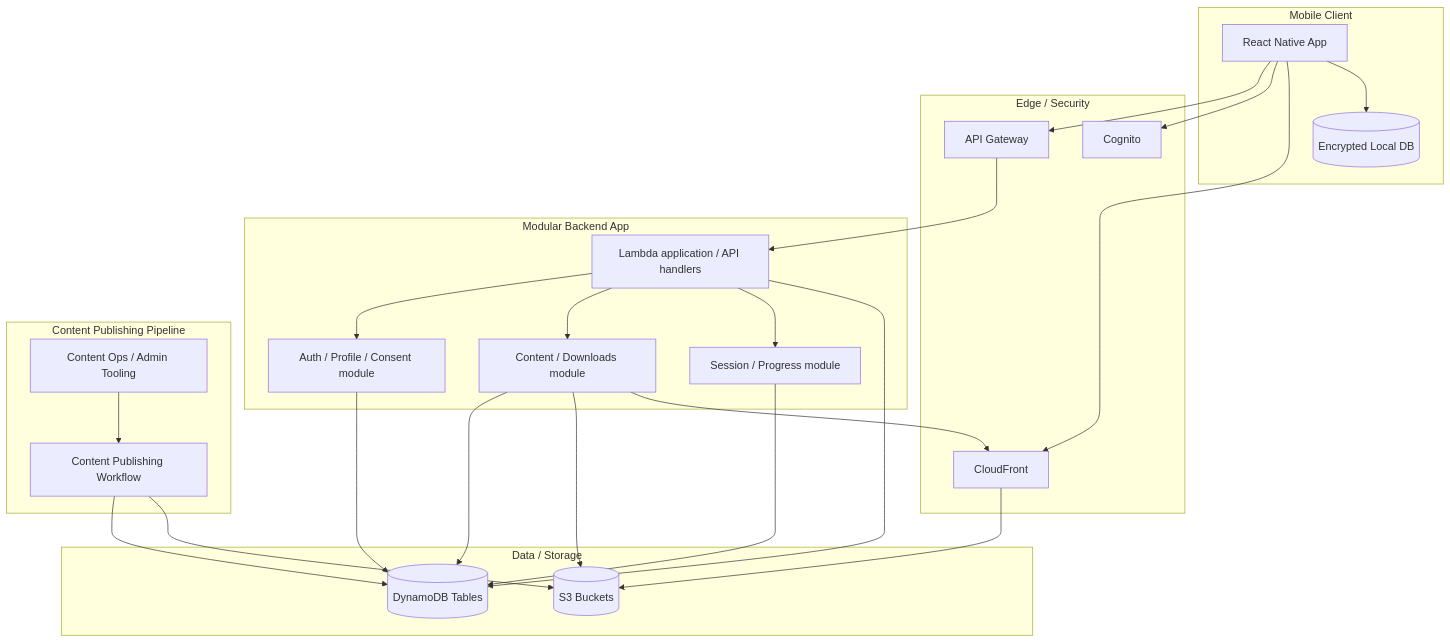
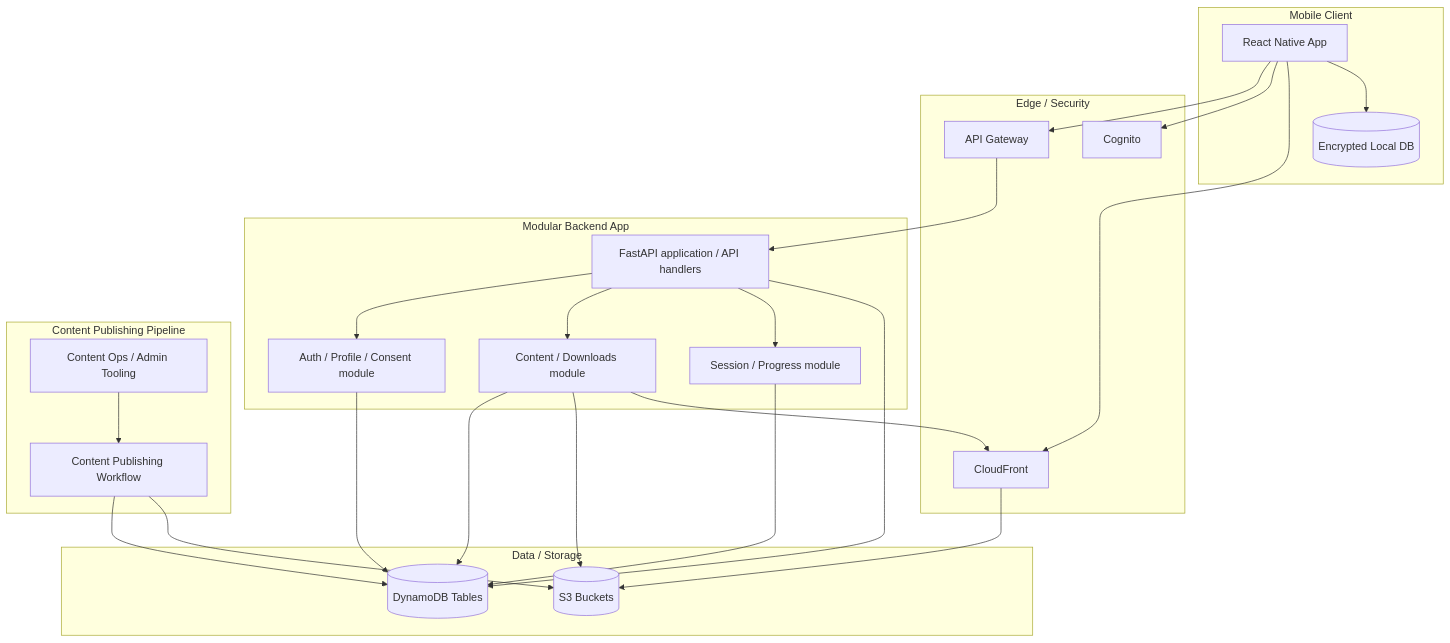
Before and after one commit to minhhieu1/ShadowSpeak: the third of 3 diagrams in specs/04-solution-architecture/01-Solution-Architecture-Document.md, drawn with Mermaid. The commit also changed other lines of this file and 4 other files, not shown here.

````diff
--- a/specs/04-solution-architecture/01-Solution-Architecture-Document.md
+++ b/specs/04-solution-architecture/01-Solution-Architecture-Document.md
@@ -246,49 +246,49 @@
 ```mermaid
 flowchart TB
     subgraph Client["Mobile Client"]
         RN[React Native App]
         LocalDB[(Encrypted Local DB)]
     end
 
     subgraph Edge["Edge / Security"]
         APIGW[API Gateway]
         CF[CloudFront]
         Cognito[Cognito]
     end
 
     subgraph Services["Modular Backend App"]
-        BackendApp[Lambda application / API handlers]
+        BackendApp[FastAPI application / API handlers]
         Auth[Auth / Profile / Consent module]
         Content[Content / Downloads module]
         Session[Session / Progress module]
         BackendApp --> Auth
         BackendApp --> Content
         BackendApp --> Session
     end
 
     subgraph Data["Data / Storage"]
         DDB[(DynamoDB Tables)]
         S3[(S3 Buckets)]
     end
 
     subgraph Pipeline["Content Publishing Pipeline"]
         Admin[Content Ops / Admin Tooling]
         Ingest[Content Publishing Workflow]
     end
 
     RN --> APIGW
     RN --> Cognito
     RN --> CF
     RN --> LocalDB
     APIGW --> BackendApp
     BackendApp --> DDB
     Auth --> DDB
     Content --> DDB
     Content --> S3
     Content --> CF
     Session --> DDB
     Admin --> Ingest
     Ingest --> DDB
     Ingest --> S3
     CF --> S3
 ```
````
